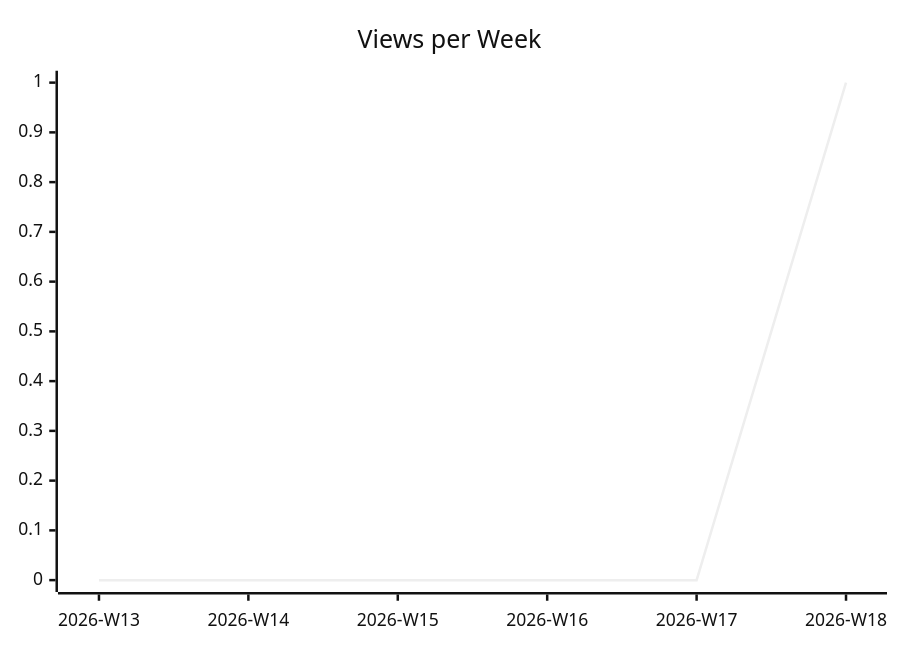
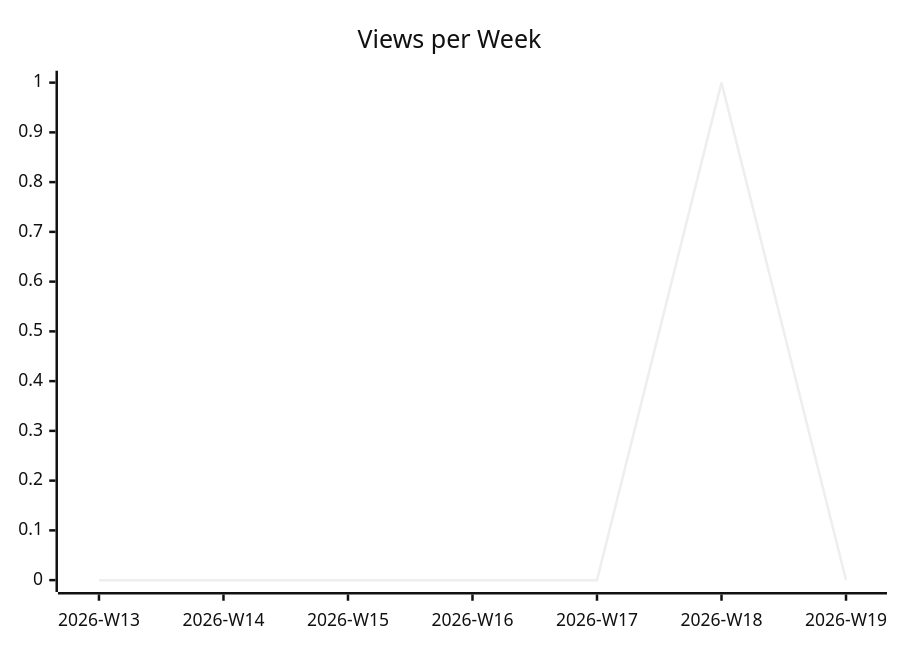
The second of 3 diagrams in karlmdavis/justdavis-karl/README.md (justdavis-family/github-analytics-data), drawn with Mermaid (neutral theme) before and after one commit. The commit also changed other lines of this file and 187 other files, not shown here.

````diff
--- a/karlmdavis/justdavis-karl/README.md
+++ b/karlmdavis/justdavis-karl/README.md
@@ -12,6 +12,6 @@
 ```mermaid
 xychart-beta
   title "Views per Week"
-  x-axis ["2026-W13", "2026-W14", "2026-W15", "2026-W16", "2026-W17", "2026-W18"]
-  line [0, 0, 0, 0, 0, 1]
+  x-axis ["2026-W13", "2026-W14", "2026-W15", "2026-W16", "2026-W17", "2026-W18", "2026-W19"]
+  line [0, 0, 0, 0, 0, 1, 0]
 ```
````
